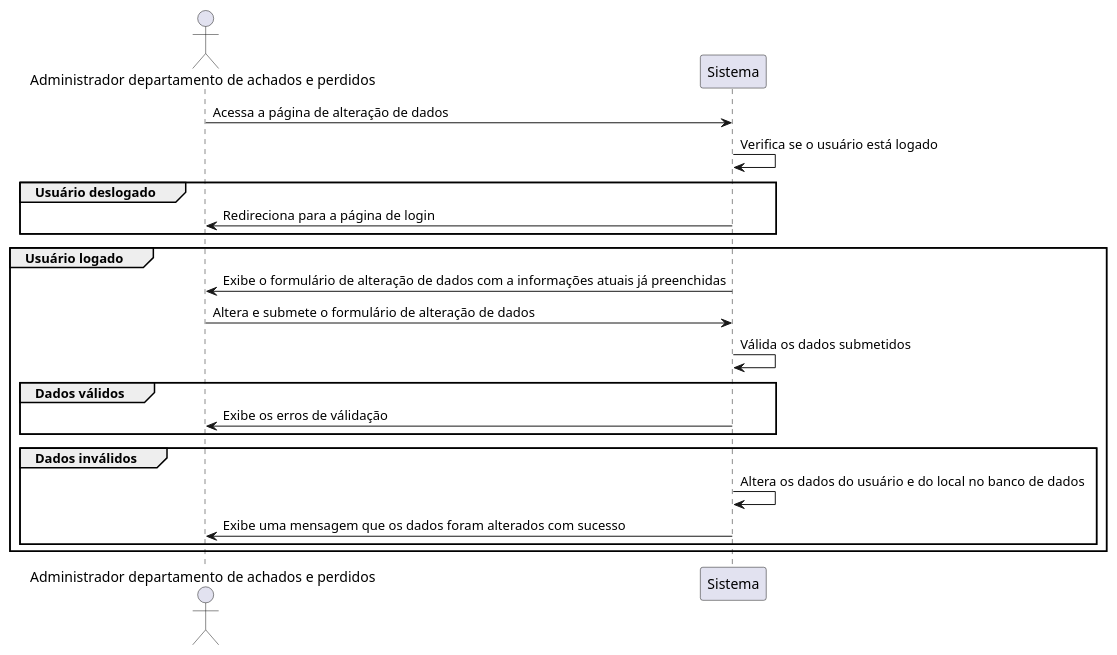
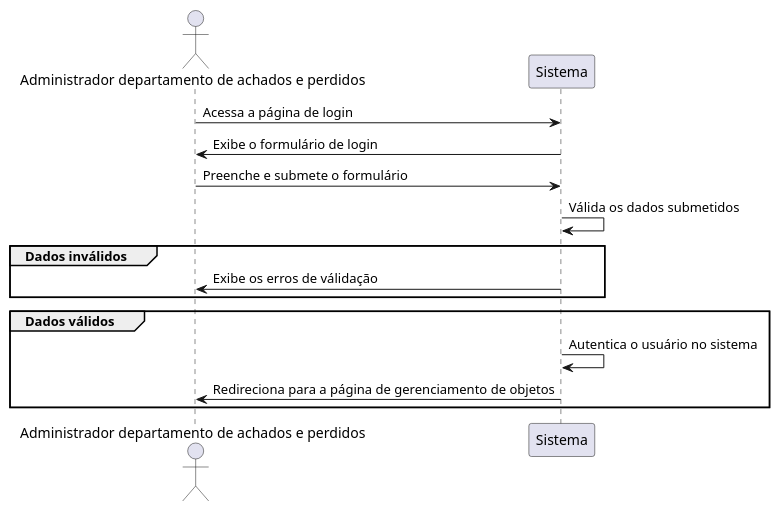
Before and after one commit to treinaweb/desafio-achados-e-perdidos: the diagram in casos-de-uso/administrador/RAP07.wsd, drawn with PlantUML. The commit also changed 11 other files, not shown here.

```diff
--- a/casos-de-uso/administrador/RAP07.wsd
+++ b/casos-de-uso/administrador/RAP07.wsd
@@ -1,28 +1,20 @@
 @startuml RAP07
 
 actor "Administrador departamento de achados e perdidos" as admin
 participant "Sistema" as sistema
 
-admin -> sistema: Acessa a página de alteração de dados
-sistema -> sistema: Verifica se o usuário está logado
+admin -> sistema: Acessa a página de login
+sistema -> admin: Exibe o formulário de login
+admin -> sistema: Preenche e submete o formulário
+sistema -> sistema: Válida os dados submetidos
 
-group Usuário deslogado
-  sistema -> admin: Redireciona para a página de login
+group Dados inválidos
+  sistema -> admin: Exibe os erros de válidação
 end
 
-group Usuário logado
-  sistema -> admin: Exibe o formulário de alteração de dados com a informações atuais já preenchidas
-  admin -> sistema: Altera e submete o formulário de alteração de dados
-  sistema -> sistema: Válida os dados submetidos
-
-  group Dados válidos
-    sistema -> admin: Exibe os erros de válidação
-  end
-
-  group Dados inválidos
-    sistema -> sistema: Altera os dados do usuário e do local no banco de dados
-    sistema -> admin: Exibe uma mensagem que os dados foram alterados com sucesso
-  end
+group Dados válidos
+  sistema -> sistema: Autentica o usuário no sistema
+  sistema -> admin: Redireciona para a página de gerenciamento de objetos
 end
 
 @enduml
```
